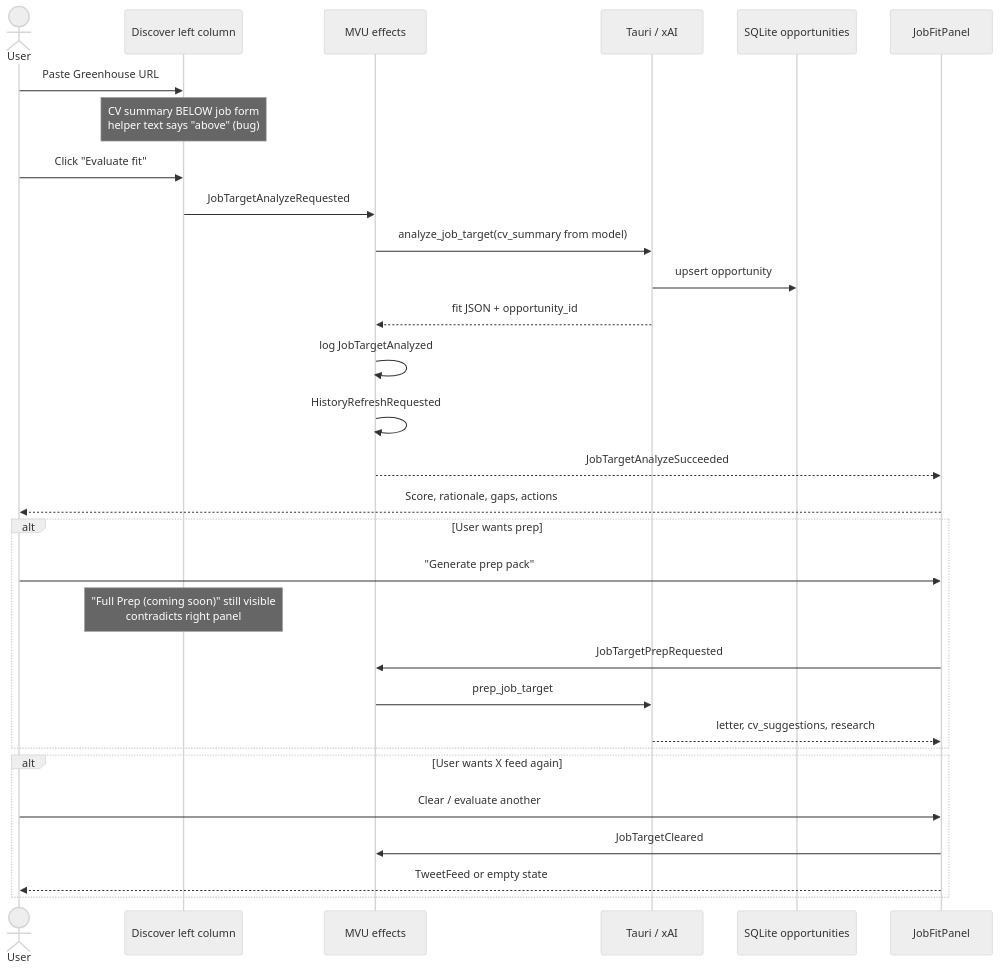
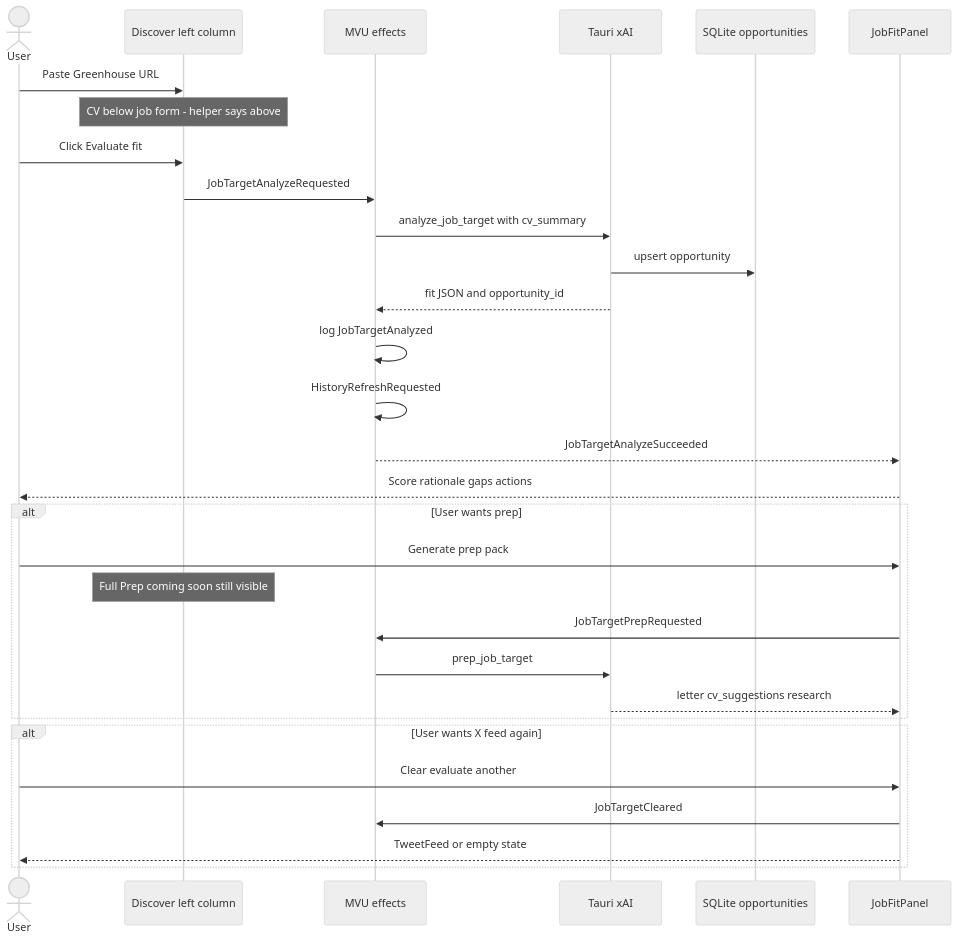
Before and after one commit to p10ns11y/collab-finder: the second of 6 diagrams in reports/ux-review-v0.1-dogfood.md, drawn with Mermaid (neutral theme). The commit also changed other lines of this file and 3 other files, not shown here.

First line of the commit message:
docs(reports): add tech debt deep dive and fix Mermaid diagram compatibility

````diff
--- a/reports/ux-review-v0.1-dogfood.md
+++ b/reports/ux-review-v0.1-dogfood.md
@@ -109,35 +109,35 @@
 ```mermaid
 sequenceDiagram
   actor User
   participant Left as Discover left column
   participant MVU as MVU effects
-  participant Rust as Tauri / xAI
+  participant Rust as Tauri xAI
   participant DB as SQLite opportunities
   participant Right as JobFitPanel
 
   User->>Left: Paste Greenhouse URL
-  Note over Left: CV summary BELOW job form<br/>helper text says "above" (bug)
-  User->>Left: Click "Evaluate fit"
+  Note over Left: CV below job form - helper says above
+  User->>Left: Click Evaluate fit
   Left->>MVU: JobTargetAnalyzeRequested
-  MVU->>Rust: analyze_job_target(cv_summary from model)
+  MVU->>Rust: analyze_job_target with cv_summary
   Rust->>DB: upsert opportunity
-  Rust-->>MVU: fit JSON + opportunity_id
+  Rust-->>MVU: fit JSON and opportunity_id
   MVU->>MVU: log JobTargetAnalyzed
   MVU->>MVU: HistoryRefreshRequested
   MVU-->>Right: JobTargetAnalyzeSucceeded
-  Right-->>User: Score, rationale, gaps, actions
+  Right-->>User: Score rationale gaps actions
 
   alt User wants prep
-    User->>Right: "Generate prep pack"
-    Note over Left: "Full Prep (coming soon)" still visible<br/>contradicts right panel
+    User->>Right: Generate prep pack
+    Note over Left: Full Prep coming soon still visible
     Right->>MVU: JobTargetPrepRequested
     MVU->>Rust: prep_job_target
-    Rust-->>Right: letter, cv_suggestions, research
+    Rust-->>Right: letter cv_suggestions research
   end
 
   alt User wants X feed again
-    User->>Right: Clear / evaluate another
+    User->>Right: Clear evaluate another
     Right->>MVU: JobTargetCleared
     Right-->>User: TweetFeed or empty state
   end
 ```
````
